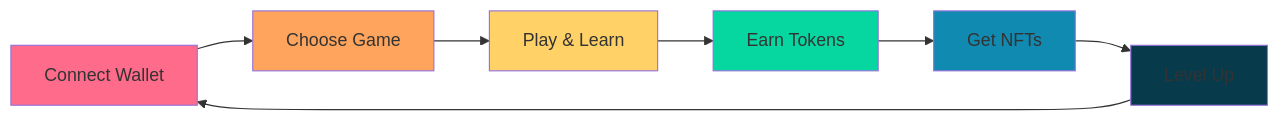
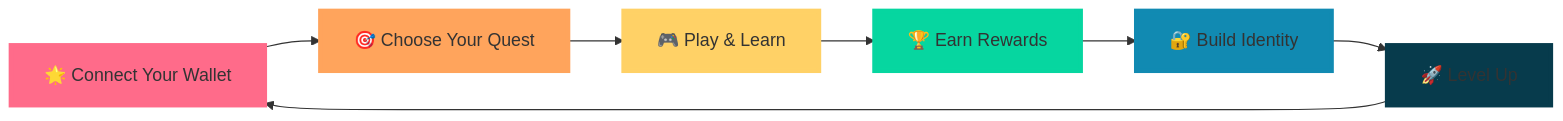
One commit to Intellilearn-gm/IL-core changed the first of 3 diagrams in README.md. Above: the diagram before and after it, drawn with Mermaid. The commit also changed other lines of this file, not shown here.

````diff
--- a/README.md
+++ b/README.md
@@ -24,16 +40,16 @@
   ```mermaid
   graph LR
-    A[Connect Wallet] --> B[Choose Game]
-    B --> C[Play & Learn]
-    C --> D[Earn Tokens]
-    D --> E[Get NFTs]
-    E --> F[Level Up]
+    A[🌟 Connect Your Wallet] --> B[🎯 Choose Your Quest]
+    B --> C[🎮 Play & Learn]
+    C --> D[🏆 Earn Rewards]
+    D --> E[🔐 Build Identity]
+    E --> F[🚀 Level Up]
     F --> A
     
-    style A fill:#FF6B8A
-    style B fill:#FFA45C
-    style C fill:#FFD166
-    style D fill:#06D6A0
-    style E fill:#118AB2
-    style F fill:#073B4C
+    style A fill:#FF6B8A,stroke:#FF6B8A,stroke-width:4px
+    style B fill:#FFA45C,stroke:#FFA45C,stroke-width:4px
+    style C fill:#FFD166,stroke:#FFD166,stroke-width:4px
+    style D fill:#06D6A0,stroke:#06D6A0,stroke-width:4px
+    style E fill:#118AB2,stroke:#118AB2,stroke-width:4px
+    style F fill:#073B4C,stroke:#073B4C,stroke-width:4px
   ```
````
